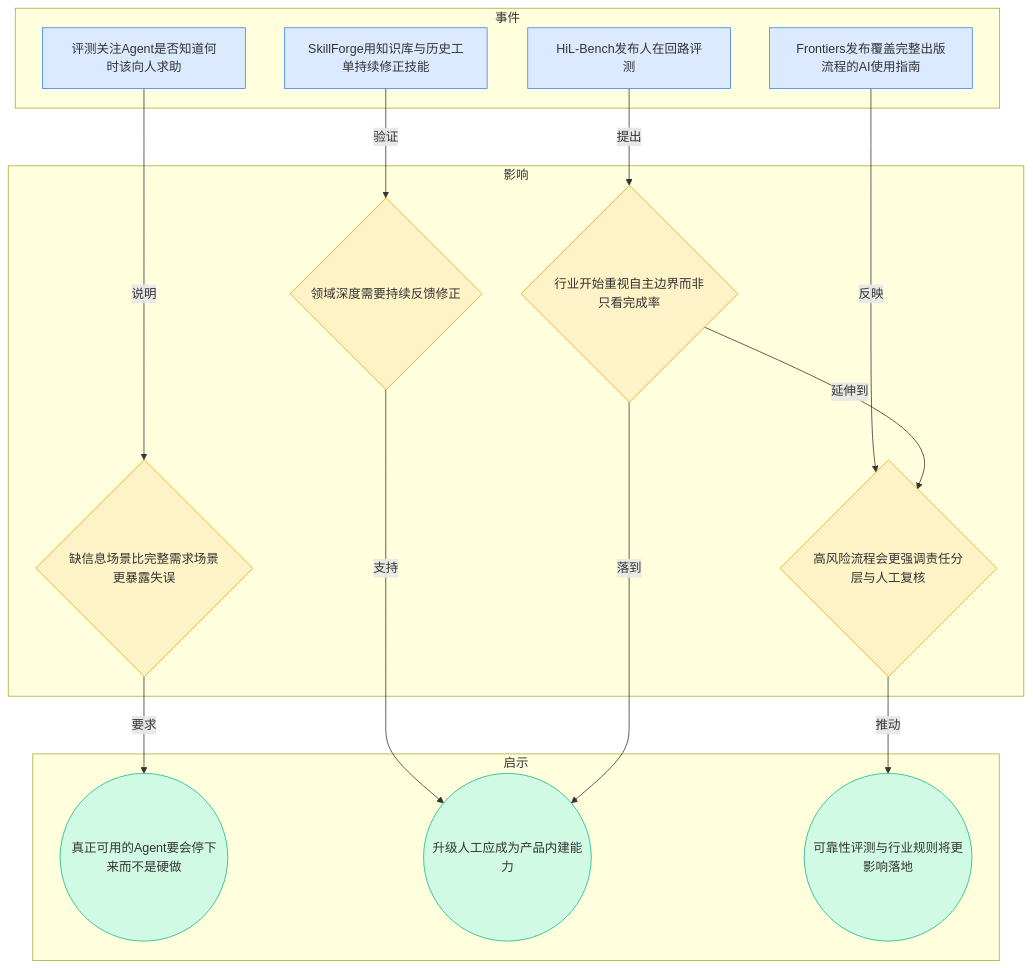
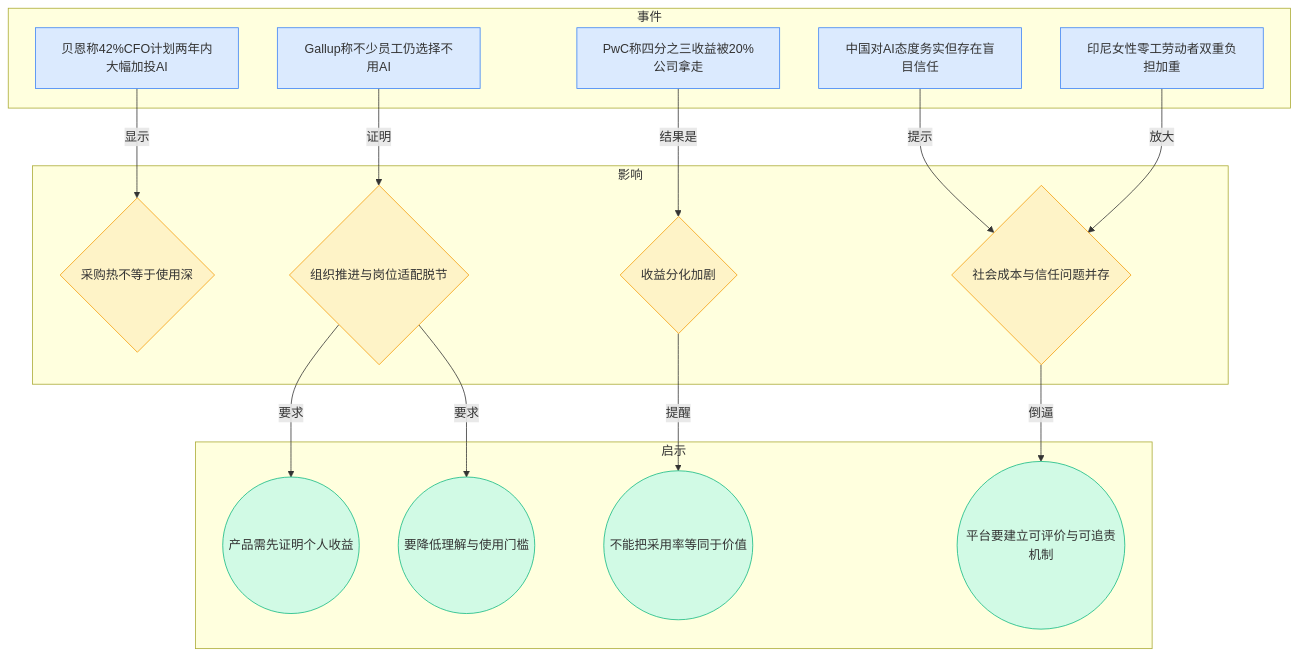
The sixth of 8 diagrams in content/cn/blog/weekly/2026-W16.md (ylzsdafei/ai-daily-site), drawn with Mermaid before and after one commit. The commit also changed other lines of this file and 1 other file, not shown here.

````diff
--- a/content/cn/blog/weekly/2026-W16.md
+++ b/content/cn/blog/weekly/2026-W16.md
@@ -162,35 +167,37 @@
 ```mermaid
 graph TD
 subgraph 事件
-E1[HiL-Bench发布人在回路评测]
-E2[评测关注Agent是否知道何时该向人求助]
-E3[SkillForge用知识库与历史工单持续修正技能]
-E4[Frontiers发布覆盖完整出版流程的AI使用指南]
+A1[贝恩称42%CFO计划两年内大幅加投AI]
+A2[Gallup称不少员工仍选择不用AI]
+A3[PwC称四分之三收益被20%公司拿走]
+A4[中国对AI态度务实但存在盲目信任]
+A5[印尼女性零工劳动者双重负担加重]
 end
 subgraph 影响
-I1{行业开始重视自主边界而非只看完成率}
-I2{缺信息场景比完整需求场景更暴露失误}
-I3{领域深度需要持续反馈修正}
-I4{高风险流程会更强调责任分层与人工复核}
+B1{采购热不等于使用深}
+B2{组织推进与岗位适配脱节}
+B3{收益分化加剧}
+B4{社会成本与信任问题并存}
 end
 subgraph 启示
-Q1((真正可用的Agent要会停下来而不是硬做))
-Q2((升级人工应成为产品内建能力))
-Q3((可靠性评测与行业规则将更影响落地))
+C1((产品需先证明个人收益))
+C2((要降低理解与使用门槛))
+C3((不能把采用率等同于价值))
+C4((平台要建立可评价与可追责机制))
 end
-E1 -->|提出| I1
-E2 -->|说明| I2
-E3 -->|验证| I3
-E4 -->|反映| I4
-I1 -->|延伸到| I4
-I2 -->|要求| Q1
-I3 -->|支持| Q2
-I4 -->|推动| Q3
-I1 -->|落到| Q2
+A1 -->|显示| B1
+A2 -->|证明| B2
+A3 -->|结果是| B3
+A4 -->|提示| B4
+A5 -->|放大| B4
+B2 -->|要求| C1
+B2 -->|要求| C2
+B3 -->|提醒| C3
+B4 -->|倒逼| C4
 classDef blue fill:#dbeafe,stroke:#3b82f6
 classDef yellow fill:#fef3c7,stroke:#f59e0b
 classDef green fill:#d1fae5,stroke:#10b981
-class E1,E2,E3,E4 blue
-class I1,I2,I3,I4 yellow
-class Q1,Q2,Q3 green
+class A1,A2,A3,A4,A5 blue
+class B1,B2,B3,B4 yellow
+class C1,C2,C3,C4 green
 ```
````
